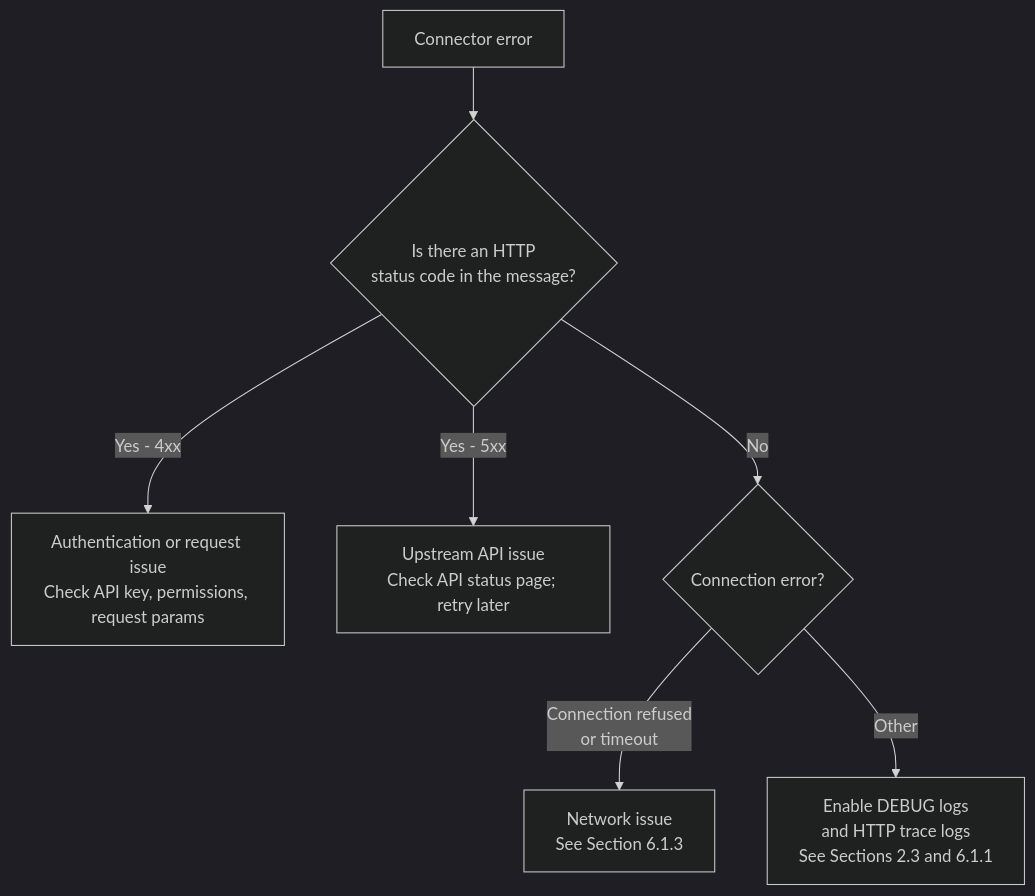
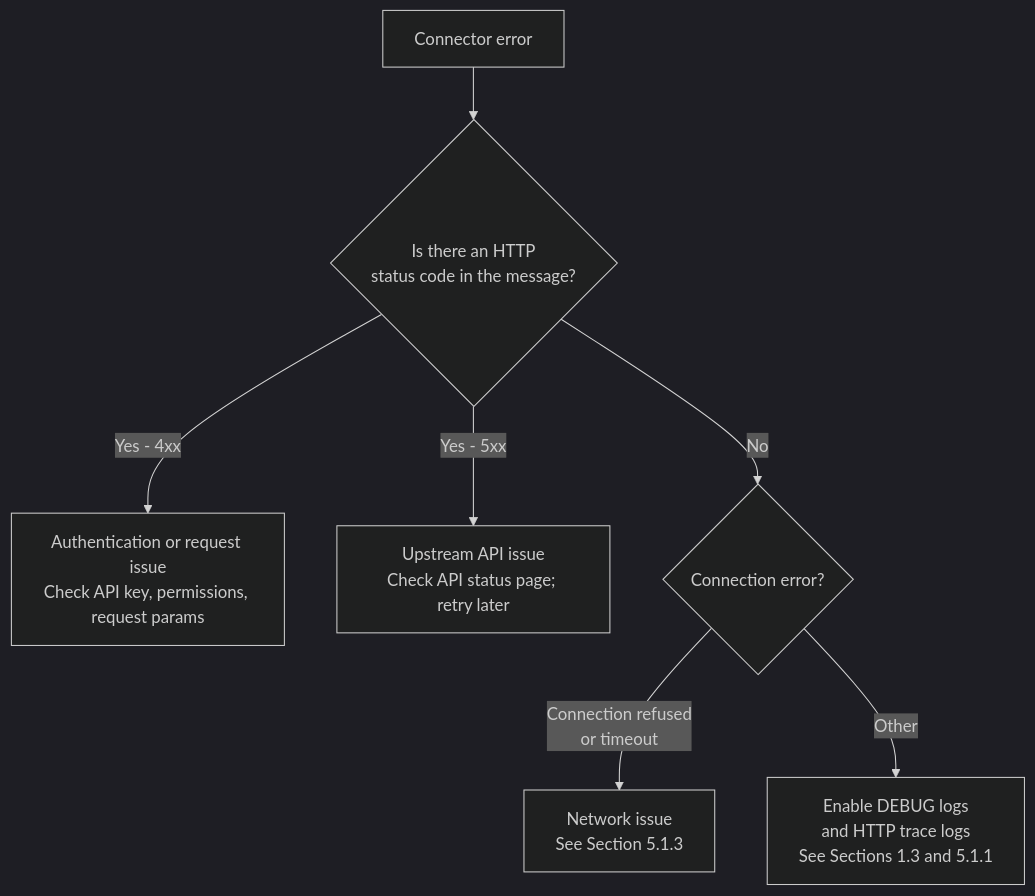
One commit to wso2/docs-bi changed the second of 4 diagrams in en/docs/references/ballerina-troubleshooting-guide.md. Above: the diagram before and after it, drawn with Mermaid (dark theme). The commit also changed other lines of this file, not shown here.

````diff
--- a/en/docs/references/ballerina-troubleshooting-guide.md
+++ b/en/docs/references/ballerina-troubleshooting-guide.md
@@ -1226,9 +1200,9 @@
 ```mermaid
 flowchart TD
     A[Connector error] --> B{Is there an HTTP\nstatus code in the message?}
     B -->|Yes - 4xx| C[Authentication or request issue\nCheck API key, permissions, request params]
     B -->|Yes - 5xx| D[Upstream API issue\nCheck API status page; retry later]
     B -->|No| E{Connection error?}
-    E -->|Connection refused\nor timeout| F[Network issue\nSee Section 6.1.3]
-    E -->|Other| G[Enable DEBUG logs\nand HTTP trace logs\nSee Sections 2.3 and 6.1.1]
+    E -->|Connection refused\nor timeout| F[Network issue\nSee Section 5.1.3]
+    E -->|Other| G[Enable DEBUG logs\nand HTTP trace logs\nSee Sections 1.3 and 5.1.1]
 ```
````
